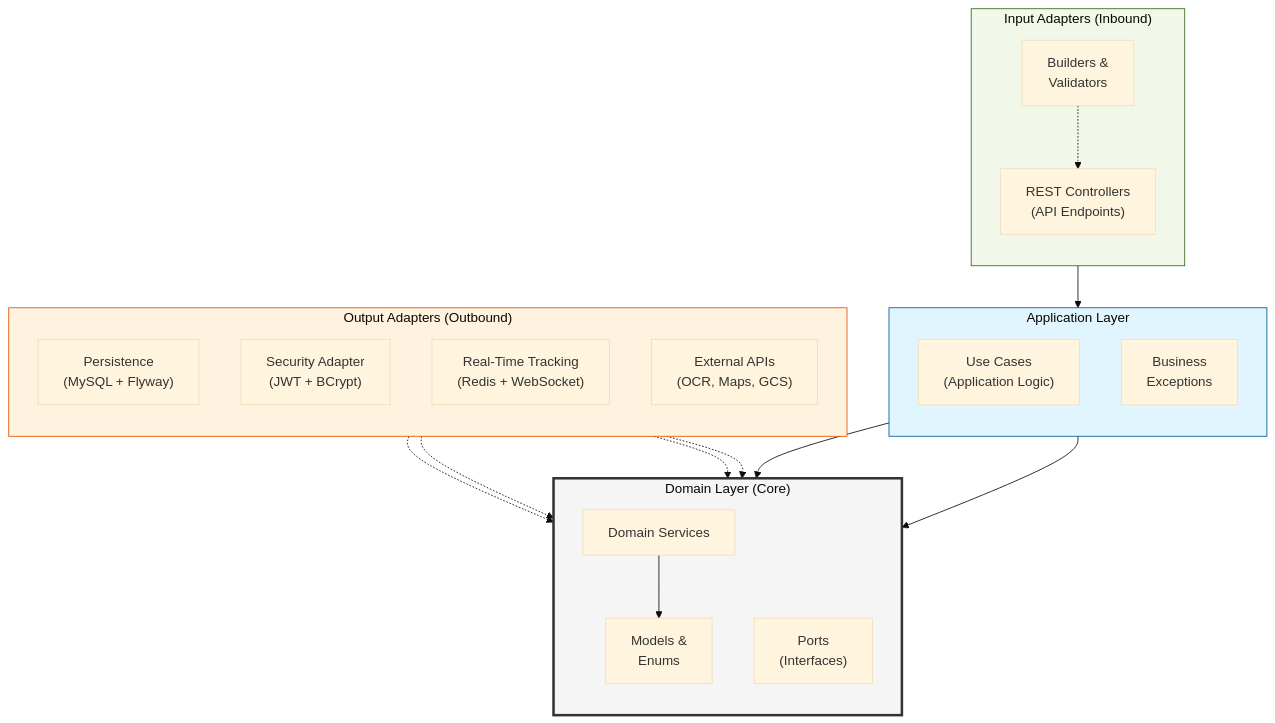
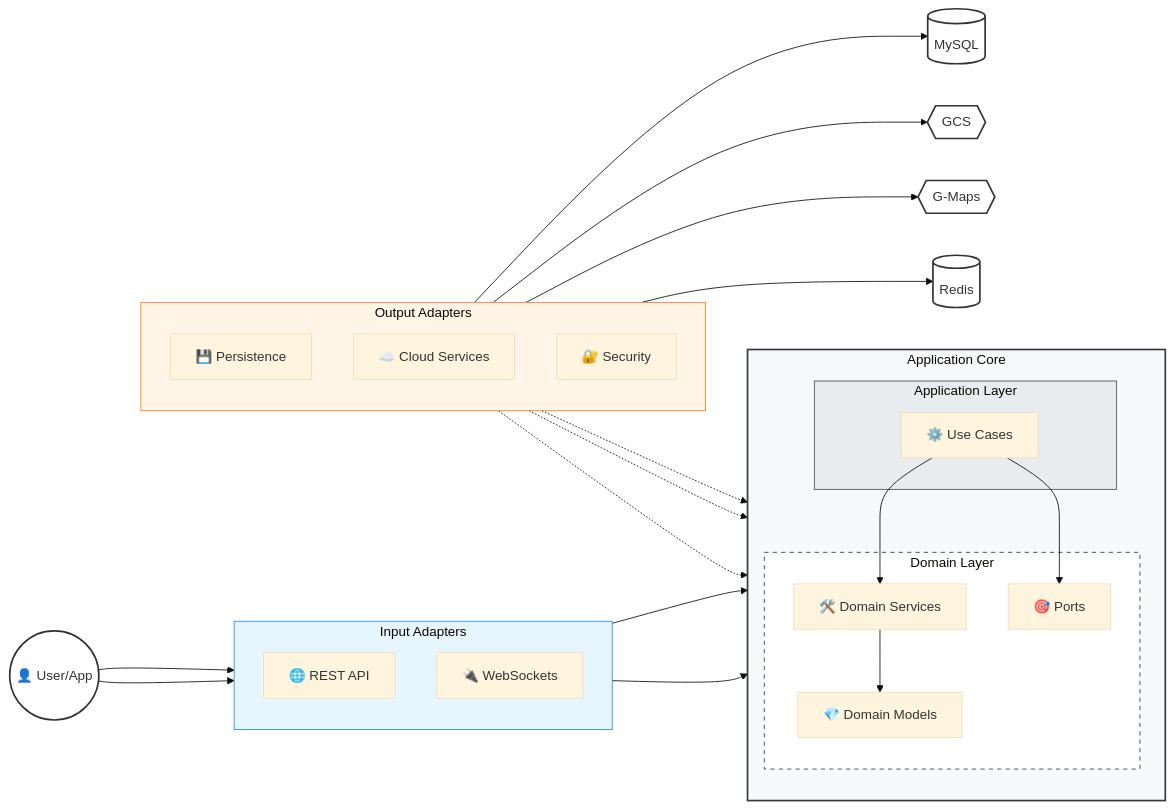
One commit to fttmatteo/messenger-backend changed the first of 4 diagrams in README.md. Above: the diagram before and after it, drawn with Mermaid (base theme). The commit also changed other lines of this file and 3 other files, not shown here.

Commit message:
docs: Refactor Mermaid diagrams in READMEs and add timezone setup to tests for consistency.

````diff
--- a/README.md
+++ b/README.md
@@ -44,48 +44,63 @@
 ```mermaid
-flowchart TD
-    subgraph IA ["Input Adapters (Inbound)"]
+graph LR
+    %% External Actors
+    USER((👤 User/App))
+    MAPS{{G-Maps}}
+    GCS{{GCS}}
+    DB[(MySQL)]
+    REDIS[(Redis)]
+
+    subgraph IN [Input Adapters]
         direction TB
-        REST["REST Controllers<br/>(API Endpoints)"]
-        BUILD["Builders &<br/>Validators"]
+        REST[🌐 REST API]
+        SOC[🔌 WebSockets]
     end
 
-    subgraph APP ["Application Layer"]
+    subgraph CORE [Application Core]
         direction TB
-        UC["Use Cases<br/>(Application Logic)"]
-        EXC["Business<br/>Exceptions"]
+        subgraph APP [Application Layer]
+            UC[⚙️ Use Cases]
+        end
+        subgraph DOMAIN [Domain Layer]
+            SVC[🛠️ Domain Services]
+            PORTS[🎯 Ports]
+            MODEL[💎 Domain Models]
+        end
     end
 
-    subgraph DOMAIN ["Domain Layer (Core)"]
+    subgraph OUT [Output Adapters]
         direction TB
-        SVC["Domain Services"]
-        PORTS["Ports<br/>(Interfaces)"]
-        MOD["Models &<br/>Enums"]
+        PERS[💾 Persistence]
+        CLD[☁️ Cloud Services]
+        SEC[🔐 Security]
     end
 
-    subgraph OA ["Output Adapters (Outbound)"]
-        direction TB
-        PERS["Persistence<br/>(MySQL + Flyway)"]
-        SEC["Security Adapter<br/>(JWT + BCrypt)"]
-        TRACK["Real-Time Tracking<br/>(Redis + WebSocket)"]
-        EXT["External APIs<br/>(OCR, Maps, GCS)"]
-    end
+    %% Inbound Flow
+    USER --> REST & SOC
+    REST & SOC --> UC
 
-    %% Relations
-    REST --> UC
-    BUILD -.-> REST
+    %% Application Logic
     UC --> SVC
     UC --> PORTS
-    SVC --> MOD
-    
-    %% Dependency Inversion (Adapters implement Ports)
+    SVC --> MODEL
+
+    %% Outbound Flow (Dependency Inversion)
     PERS -.-> PORTS
+    CLD -.-> PORTS
     SEC -.-> PORTS
-    TRACK -.-> PORTS
-    EXT -.-> PORTS
+
+    %% Infrastructure Connections
+    PERS --> DB
+    CLD --> GCS & MAPS
+    SEC --> REDIS
 
     %% Styling
-    style DOMAIN fill:#f5f5f5,stroke:#333,stroke-width:3px
-    style APP fill:#e1f5fe,stroke:#01579b,stroke-width:1px
-    style IA fill:#f1f8e9,stroke:#33691e,stroke-width:1px
-    style OA fill:#fff3e0,stroke:#e65100,stroke-width:1px
+    style CORE fill:#f8f9fa,stroke:#343a40,stroke-width:2px
+    style DOMAIN fill:#ffffff,stroke:#343a40,stroke-dasharray: 5 5
+    style APP fill:#e9ecef,stroke:#495057
+    style IN fill:#e7f5ff,stroke:#228be6
+    style OUT fill:#fff4e6,stroke:#fd7e14
+    
+    classDef actor fill:#fff,stroke:#333,stroke-width:2px
+    class USER,MAPS,GCS,DB,REDIS actor
 ```
````
